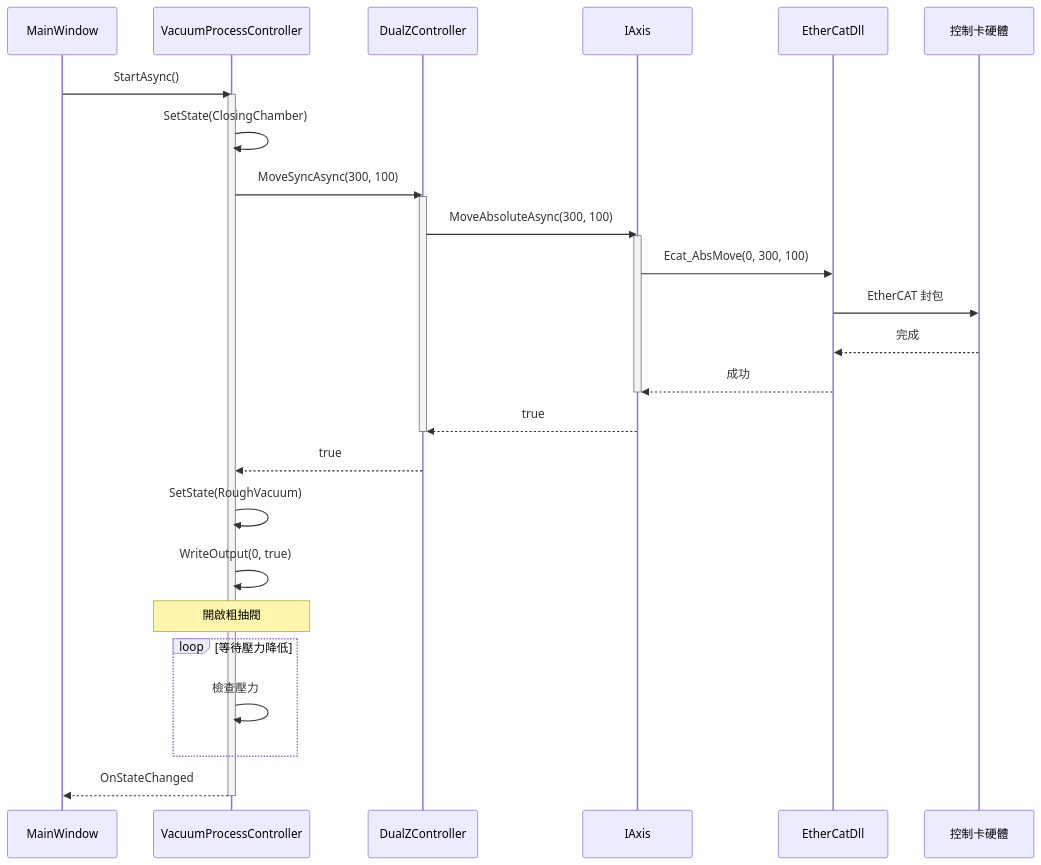
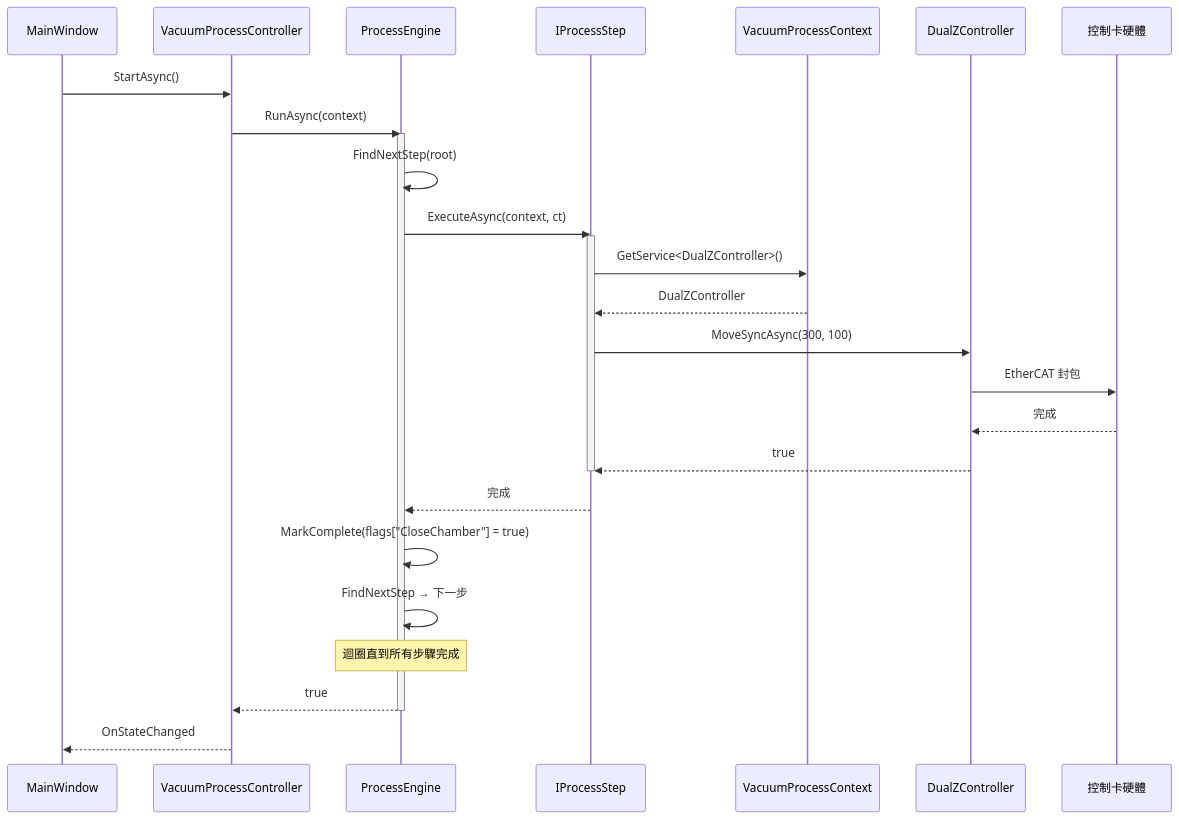
Before and after one commit to guachen0408/VCD: the fourth of 4 diagrams in VacuumDryer/docs/architecture.md, drawn with Mermaid. The commit also changed other lines of this file and 103 other files, not shown here.

First line of the commit message:
feat: 通用 ProcessEngine 框架 + 步驟插件架構

````diff
--- a/VacuumDryer/docs/architecture.md
+++ b/VacuumDryer/docs/architecture.md
@@ -177,40 +207,36 @@
 ```mermaid
 sequenceDiagram
     participant UI as MainWindow
-    participant PC as VacuumProcessController
+    participant VPC as VacuumProcessController
+    participant PE as ProcessEngine
+    participant Step as IProcessStep
+    participant Ctx as VacuumProcessContext
     participant DZ as DualZController
-    participant Axis as IAxis
-    participant DLL as EtherCatDll
     participant HW as 控制卡硬體
     
-    UI->>PC: StartAsync()
-    activate PC
+    UI->>VPC: StartAsync()
+    VPC->>PE: RunAsync(context)
+    activate PE
     
-    PC->>PC: SetState(ClosingChamber)
-    PC->>DZ: MoveSyncAsync(300, 100)
-    activate DZ
+    PE->>PE: FindNextStep(root)
+    PE->>Step: ExecuteAsync(context, ct)
+    activate Step
     
-    DZ->>Axis: MoveAbsoluteAsync(300, 100)
-    activate Axis
+    Step->>Ctx: GetService<DualZController>()
+    Ctx-->>Step: DualZController
+    Step->>DZ: MoveSyncAsync(300, 100)
+    DZ->>HW: EtherCAT 封包
+    HW-->>DZ: 完成
+    DZ-->>Step: true
     
-    Axis->>DLL: Ecat_AbsMove(0, 300, 100)
-    DLL->>HW: EtherCAT 封包
-    HW-->>DLL: 完成
-    DLL-->>Axis: 成功
+    deactivate Step
+    Step-->>PE: 完成
+    PE->>PE: MarkComplete(flags["CloseChamber"] = true)
+    PE->>PE: FindNextStep → 下一步
     
-    deactivate Axis
-    Axis-->>DZ: true
-    deactivate DZ
-    DZ-->>PC: true
+    Note over PE: 迴圈直到所有步驟完成
     
-    PC->>PC: SetState(RoughVacuum)
-    PC->>PC: WriteOutput(0, true)
-    Note over PC: 開啟粗抽閥
-    
-    loop 等待壓力降低
-        PC->>PC: 檢查壓力
-    end
-    
-    PC-->>UI: OnStateChanged
-    deactivate PC
+    PE-->>VPC: true
+    deactivate PE
+    VPC-->>UI: OnStateChanged
 ```
````
